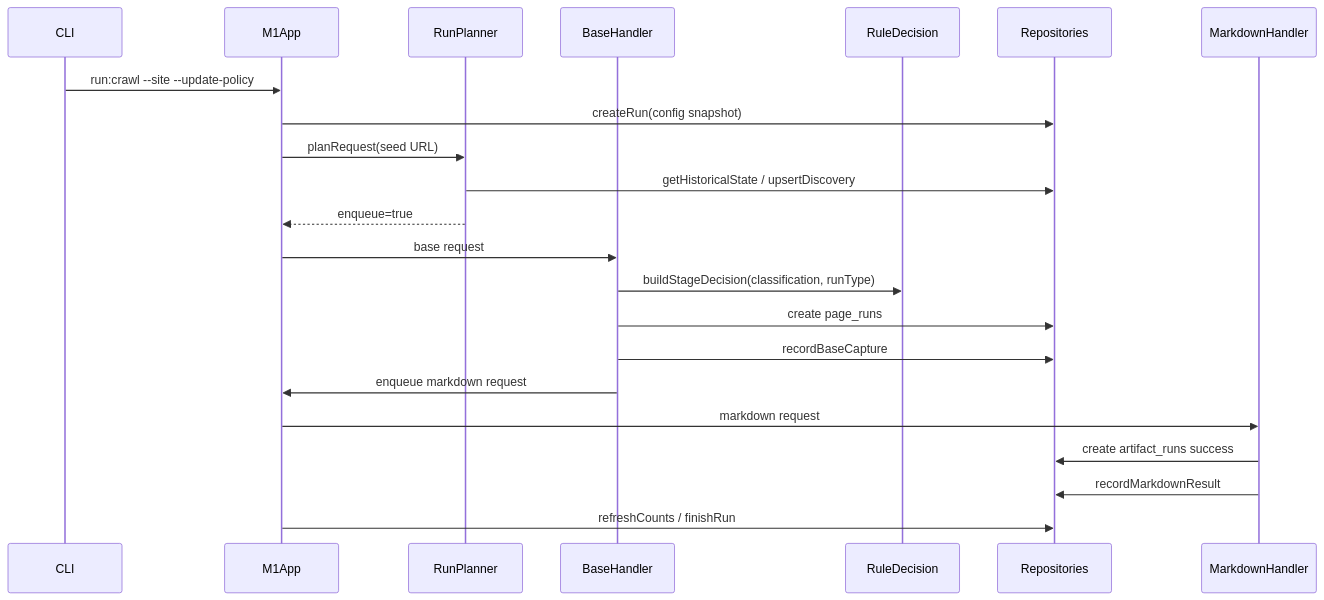
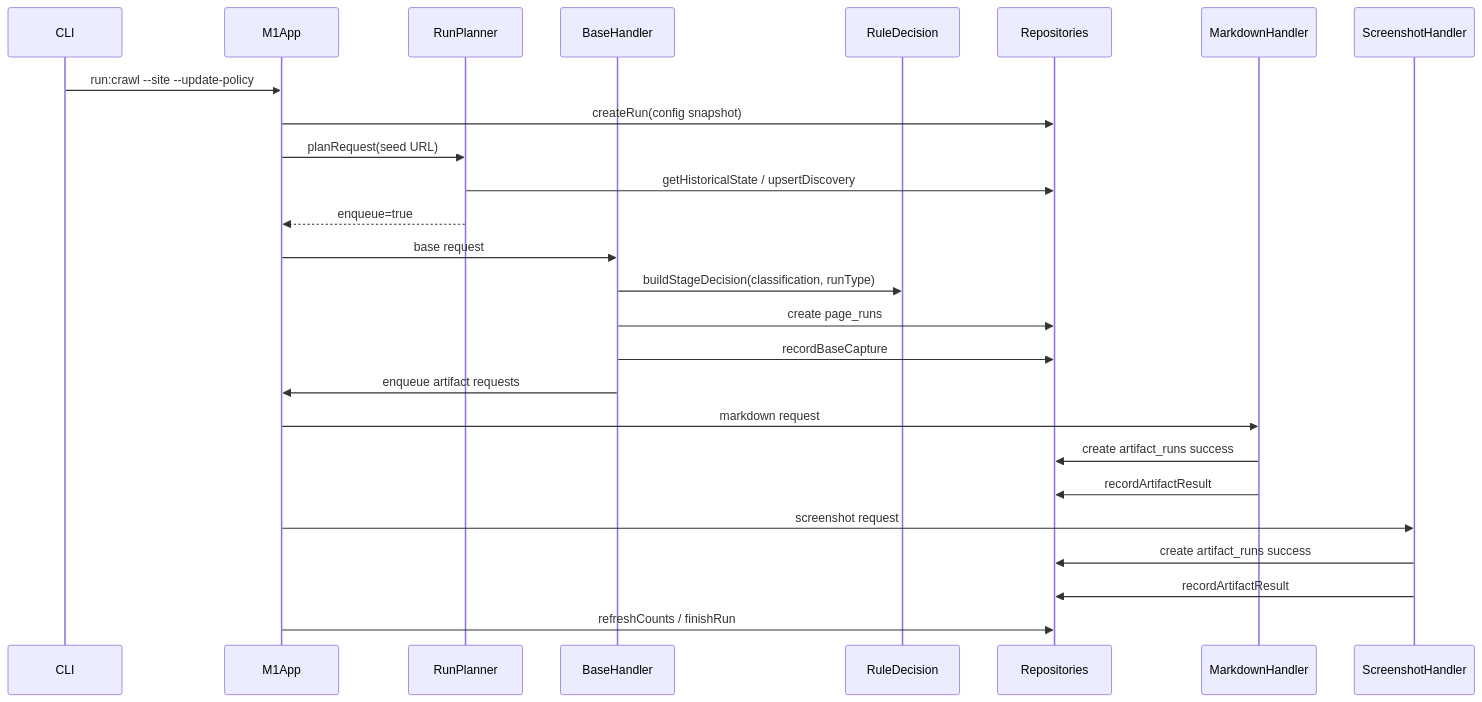
Before and after one commit to tianzhipeng-git/kvault-web-capture: the seventh of 7 diagrams in docs/m1-implements.md, drawn with Mermaid. The commit also changed other lines of this file and 20 other files, not shown here.

````diff
--- a/docs/m1-implements.md
+++ b/docs/m1-implements.md
@@ -298,25 +310,29 @@
 ```mermaid
 sequenceDiagram
     participant CLI
     participant App as M1App
     participant Planner as RunPlanner
     participant Base as BaseHandler
     participant Rules as RuleDecision
     participant Repos as Repositories
     participant MD as MarkdownHandler
+    participant SS as ScreenshotHandler
 
     CLI->>App: run:crawl --site --update-policy
     App->>Repos: createRun(config snapshot)
     App->>Planner: planRequest(seed URL)
     Planner->>Repos: getHistoricalState / upsertDiscovery
     Planner-->>App: enqueue=true
     App->>Base: base request
     Base->>Rules: buildStageDecision(classification, runType)
     Base->>Repos: create page_runs
     Base->>Repos: recordBaseCapture
-    Base->>App: enqueue markdown request
+    Base->>App: enqueue artifact requests
     App->>MD: markdown request
     MD->>Repos: create artifact_runs success
-    MD->>Repos: recordMarkdownResult
+    MD->>Repos: recordArtifactResult
+    App->>SS: screenshot request
+    SS->>Repos: create artifact_runs success
+    SS->>Repos: recordArtifactResult
     App->>Repos: refreshCounts / finishRun
 ```
````
